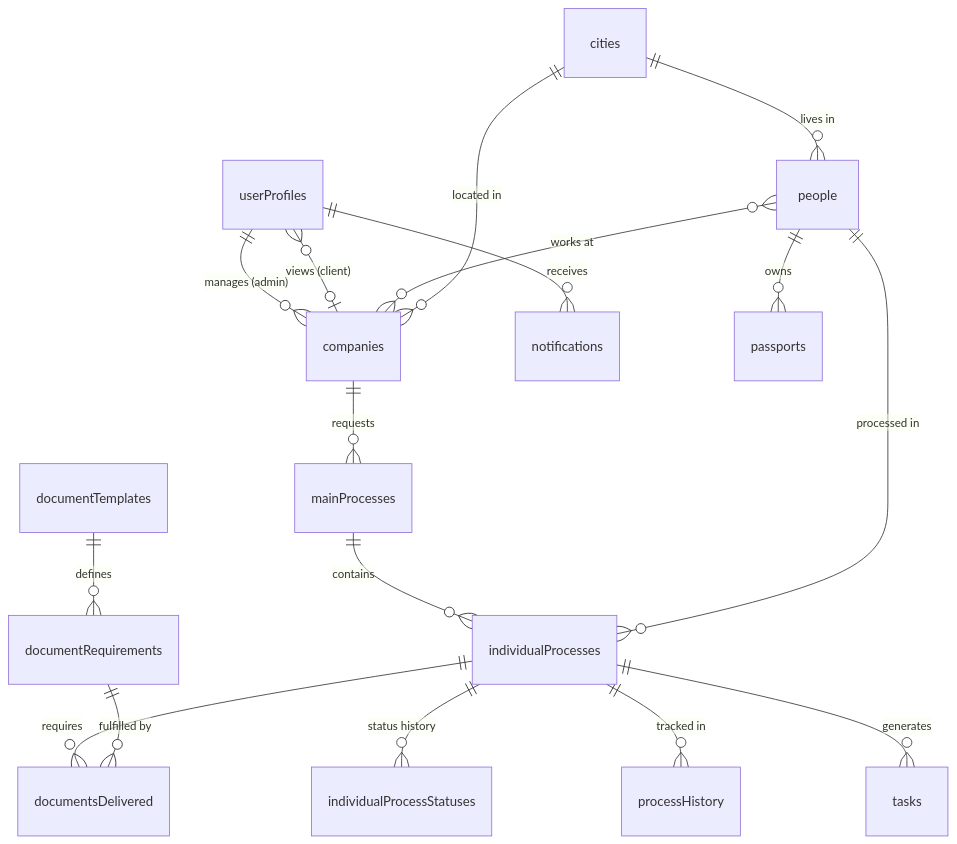
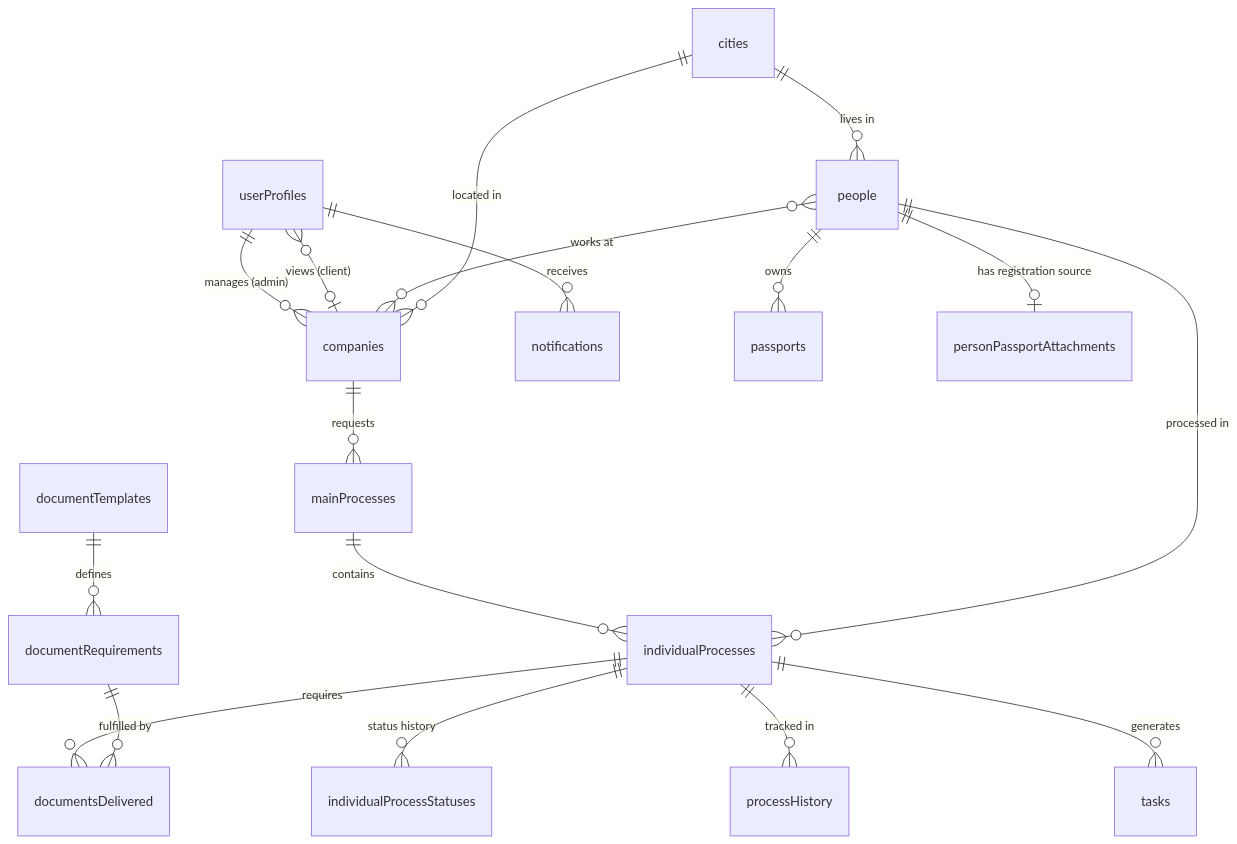
The second of 2 diagrams in app/[locale]/(dashboard)/prd.md (elberrd/casys4), drawn with Mermaid before and after one commit. The commit also changed other lines of this file and 19 other files, not shown here.

Commit message:
feat: add verified passport intake for people

````diff
--- a/app/[locale]/(dashboard)/prd.md
+++ b/app/[locale]/(dashboard)/prd.md
@@ -548,28 +548,29 @@
 ```mermaid
 erDiagram
     %% Core relationships
     userProfiles ||--o{ companies : "manages (admin)"
     userProfiles }o--o| companies : "views (client)"
 
     %% Process hierarchy
     companies ||--o{ mainProcesses : "requests"
     mainProcesses ||--o{ individualProcesses : "contains"
     people ||--o{ individualProcesses : "processed in"
 
     %% Document management
     documentTemplates ||--o{ documentRequirements : "defines"
     individualProcesses ||--o{ documentsDelivered : "requires"
     documentRequirements ||--o{ documentsDelivered : "fulfilled by"
 
     %% Tracking
     individualProcesses ||--o{ individualProcessStatuses : "status history"
     individualProcesses ||--o{ processHistory : "tracked in"
     individualProcesses ||--o{ tasks : "generates"
     userProfiles ||--o{ notifications : "receives"
 
     %% Support data
     people ||--o{ passports : "owns"
+    people ||--o| personPassportAttachments : "has registration source"
     people }o--o{ companies : "works at"
     cities ||--o{ companies : "located in"
     cities ||--o{ people : "lives in"
 ```
````
